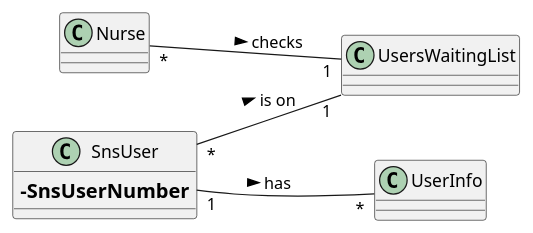
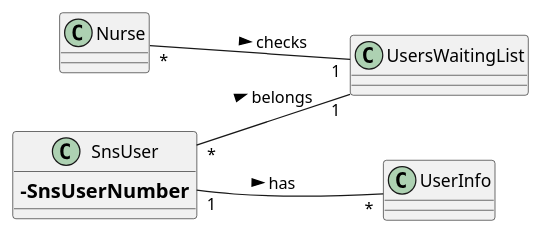
Before and after one commit to Pirussa/lei-22-s2-1da-g02: the diagram in docs/SprintC/US005/US005_MD.puml, drawn with PlantUML. The commit also changed 9 other files, not shown here.

Commit message:
US005 - Tests - All tests are 100% working. US005 - Modularization - Sequence Diagram done, aswell as some slight adjustments on the CD and the SSD.

```diff
--- a/docs/SprintC/US005/US005_MD.puml
+++ b/docs/SprintC/US005/US005_MD.puml
@@ -1,18 +1,18 @@
 @startuml
 'https://plantuml.com/class-diagram
 
 left to right direction
 
 class Nurse
 class UserInfo
 class UsersWaitingList
 class SnsUser {
 ==-SnsUserNumber
 }
 
 
 Nurse "*" -- "1" UsersWaitingList : checks >
 SnsUser "1" --  "*" UserInfo : has >
-SnsUser "*" -- "1" UsersWaitingList: is on >
+SnsUser "*" -- "1" UsersWaitingList: belongs >
 
 @enduml
```
